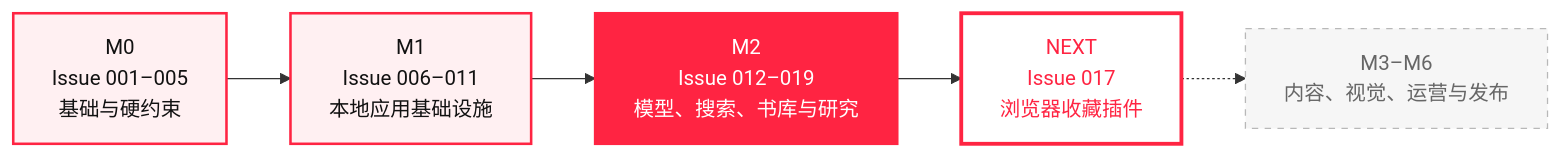
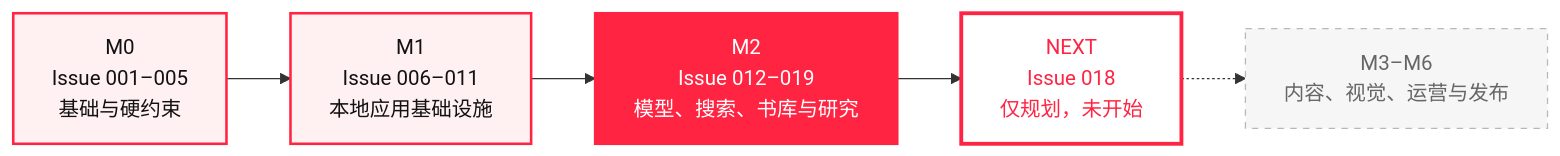
Before and after one commit to KAtOReNA7/Rednote-Automated-Operation-Tool: the first of 2 diagrams in README.md, drawn with Mermaid. The commit also changed other lines of this file and 86 other files, not shown here.

````diff
--- a/README.md
+++ b/README.md
@@ -51,17 +53,17 @@
 ```mermaid
 flowchart LR
     M0["M0<br/>Issue 001–005<br/>基础与硬约束"] --> M1["M1<br/>Issue 006–011<br/>本地应用基础设施"]
     M1 --> M2["M2<br/>Issue 012–019<br/>模型、搜索、书库与研究"]
-    M2 --> NEXT["NEXT<br/>Issue 017<br/>浏览器收藏插件"]
+    M2 --> NEXT["NEXT<br/>Issue 018<br/>仅规划，未开始"]
     NEXT -.-> FUTURE["M3–M6<br/>内容、视觉、运营与发布"]
 
     classDef done fill:#fff0f2,stroke:#ff2442,color:#111,stroke-width:2px;
     classDef active fill:#ff2442,stroke:#ff2442,color:#fff,stroke-width:2px;
     classDef next fill:#fff,stroke:#ff2442,color:#ff2442,stroke-width:3px;
     classDef future fill:#f6f6f6,stroke:#b8b8b8,color:#666,stroke-dasharray:5 5;
 
     class M0,M1 done;
     class M2 active;
     class NEXT next;
     class FUTURE future;
 ```
````
